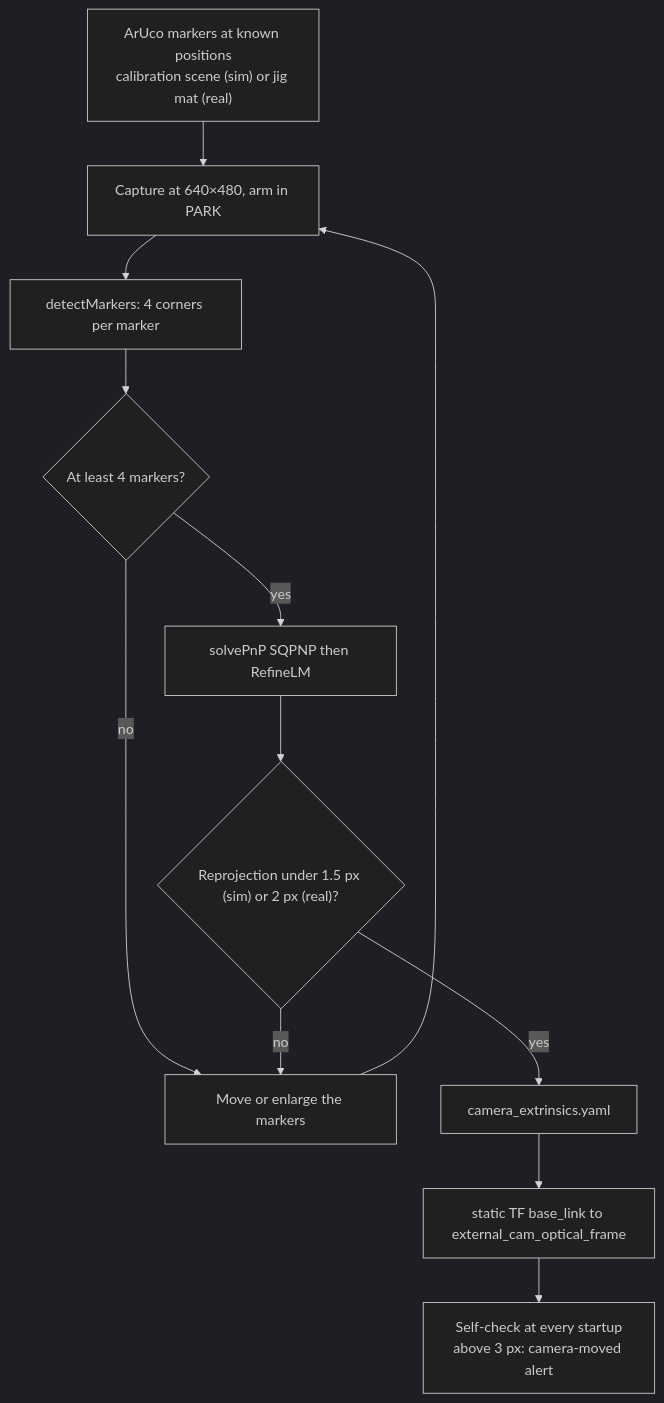
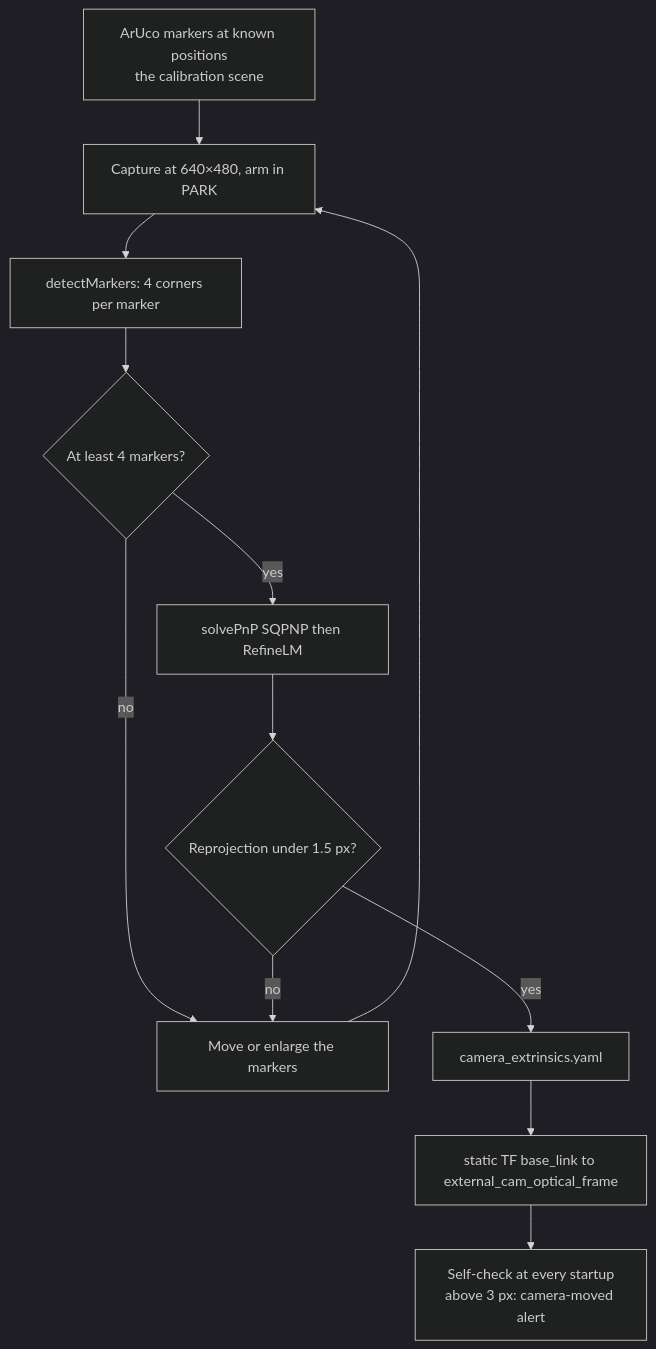
Before and after one commit to FoxaxeWasTaken/Robotics: the third of 3 diagrams in docs/project/05_perception_calibration.md, drawn with Mermaid (dark theme). The commit also changed other lines of this file and 70 other files, not shown here.

First line of the commit message:
feat: real test feedback, the pick & place on the real arm (#225)

````diff
--- a/docs/project/05_perception_calibration.md
+++ b/docs/project/05_perception_calibration.md
@@ -125,13 +125,13 @@
 ```mermaid
 flowchart TD
-  A["ArUco markers at known positions<br/>calibration scene (sim) or jig mat (real)"] --> B["Capture at 640×480, arm in PARK"]
+  A["ArUco markers at known positions<br/>the calibration scene"] --> B["Capture at 640×480, arm in PARK"]
   B --> C["detectMarkers: 4 corners per marker"]
   C --> D{"At least 4 markers?"}
   D -- no --> B2["Move or enlarge the markers"] --> B
   D -- yes --> E["solvePnP SQPNP then RefineLM"]
-  E --> F{"Reprojection under 1.5 px (sim) or 2 px (real)?"}
+  E --> F{"Reprojection under 1.5 px?"}
   F -- no --> B2
   F -- yes --> G["camera_extrinsics.yaml"]
   G --> H["static TF base_link to external_cam_optical_frame"]
   H --> I["Self-check at every startup<br/>above 3 px: camera-moved alert"]
 ```
````
